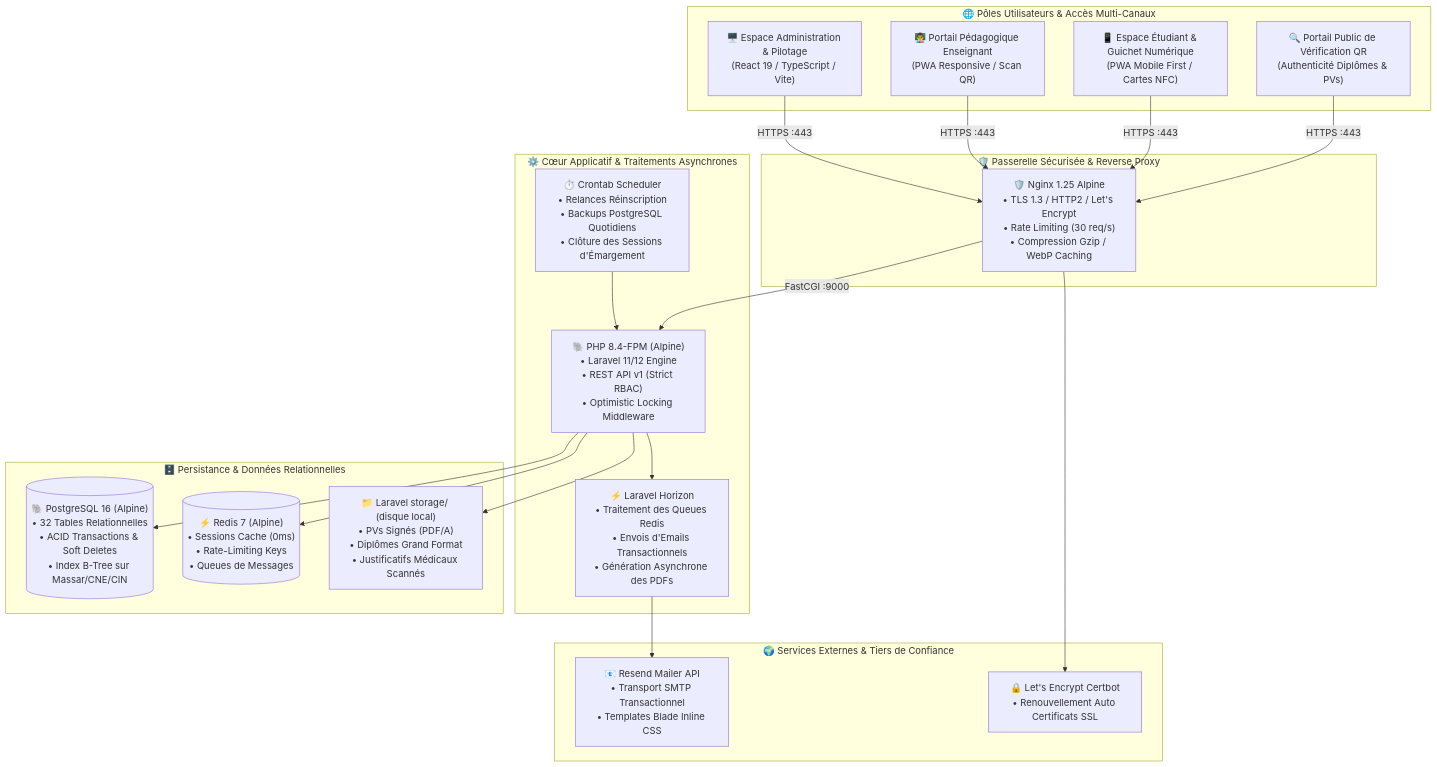
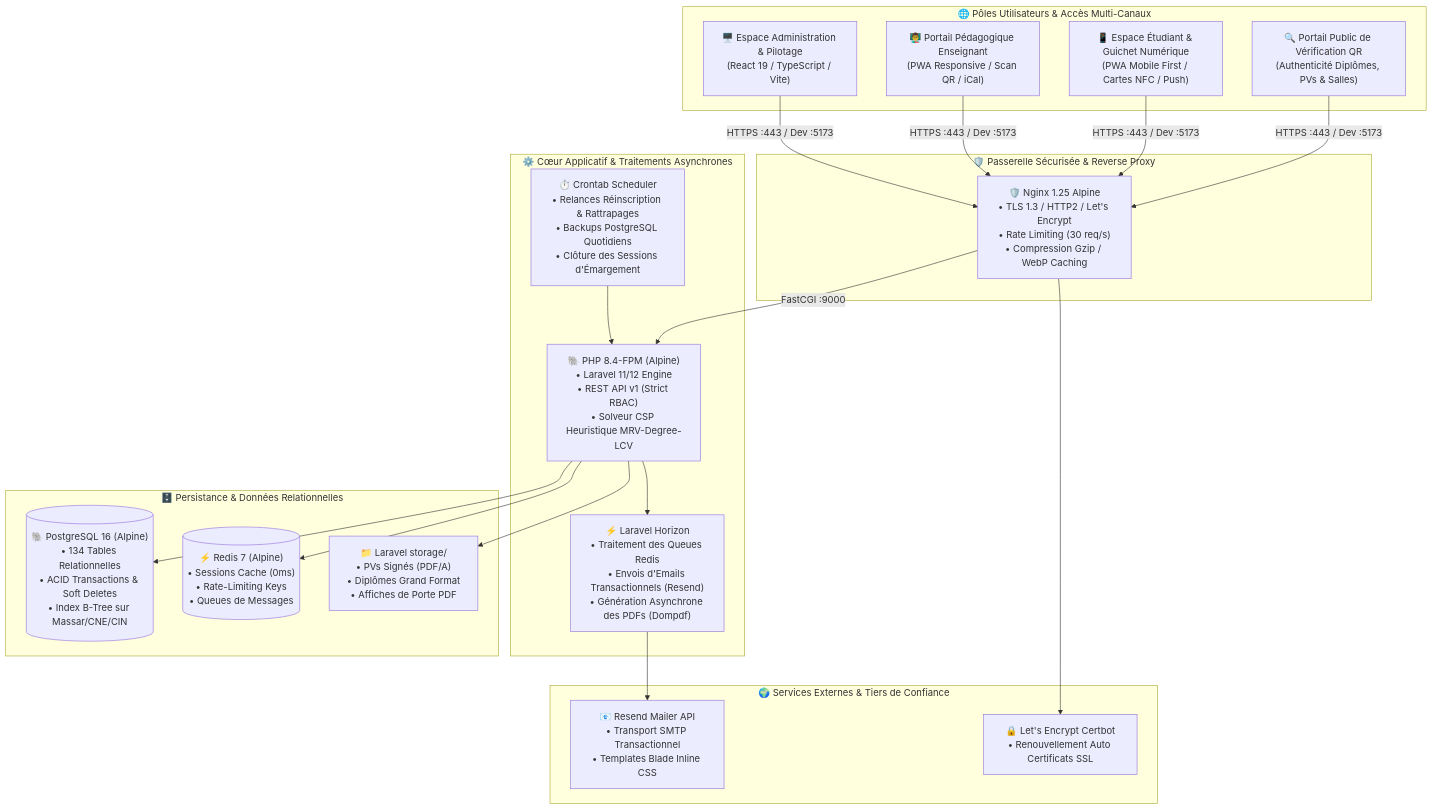
Before and after one commit to radouane99/ENCG-ERP: the first of 14 diagrams in README.md, drawn with Mermaid. The commit also changed other lines of this file and 6 other files, not shown here.

````diff
--- a/README.md
+++ b/README.md
@@ -36,40 +114,40 @@
 ```mermaid
 graph TB
     subgraph Clients["🌐 Pôles Utilisateurs & Accès Multi-Canaux"]
         AdminUI["🖥️ Espace Administration & Pilotage<br/>(React 19 / TypeScript / Vite)"]
-        ProfUI["👨‍🏫 Portail Pédagogique Enseignant<br/>(PWA Responsive / Scan QR)"]
-        StudentUI["📱 Espace Étudiant & Guichet Numérique<br/>(PWA Mobile First / Cartes NFC)"]
-        PublicVerifier["🔍 Portail Public de Vérification QR<br/>(Authenticité Diplômes & PVs)"]
+        ProfUI["👨‍🏫 Portail Pédagogique Enseignant<br/>(PWA Responsive / Scan QR / iCal)"]
+        StudentUI["📱 Espace Étudiant & Guichet Numérique<br/>(PWA Mobile First / Cartes NFC / Push)"]
+        PublicVerifier["🔍 Portail Public de Vérification QR<br/>(Authenticité Diplômes, PVs & Salles)"]
     end
 
     subgraph EdgeTier["🛡️ Passerelle Sécurisée & Reverse Proxy"]
         Nginx["🛡️ Nginx 1.25 Alpine<br/>• TLS 1.3 / HTTP2 / Let's Encrypt<br/>• Rate Limiting (30 req/s)<br/>• Compression Gzip / WebP Caching"]
     end
 
     subgraph AppTier["⚙️ Cœur Applicatif & Traitements Asynchrones"]
-        PHP["🐘 PHP 8.4-FPM (Alpine)<br/>• Laravel 11/12 Engine<br/>• REST API v1 (Strict RBAC)<br/>• Optimistic Locking Middleware"]
-        Horizon["⚡ Laravel Horizon<br/>• Traitement des Queues Redis<br/>• Envois d'Emails Transactionnels<br/>• Génération Asynchrone des PDFs"]
-        Scheduler["⏱️ Crontab Scheduler<br/>• Relances Réinscription<br/>• Backups PostgreSQL Quotidiens<br/>• Clôture des Sessions d'Émargement"]
+        PHP["🐘 PHP 8.4-FPM (Alpine)<br/>• Laravel 11/12 Engine<br/>• REST API v1 (Strict RBAC)<br/>• Solveur CSP Heuristique MRV-Degree-LCV"]
+        Horizon["⚡ Laravel Horizon<br/>• Traitement des Queues Redis<br/>• Envois d'Emails Transactionnels (Resend)<br/>• Génération Asynchrone des PDFs (Dompdf)"]
+        Scheduler["⏱️ Crontab Scheduler<br/>• Relances Réinscription & Rattrapages<br/>• Backups PostgreSQL Quotidiens<br/>• Clôture des Sessions d'Émargement"]
     end
 
     subgraph DataTier["🗄️ Persistance & Données Relationnelles"]
-        Postgres[("🐘 PostgreSQL 16 (Alpine)<br/>• 32 Tables Relationnelles<br/>• ACID Transactions & Soft Deletes<br/>• Index B-Tree sur Massar/CNE/CIN")]
+        Postgres[("🐘 PostgreSQL 16 (Alpine)<br/>• 134 Tables Relationnelles<br/>• ACID Transactions & Soft Deletes<br/>• Index B-Tree sur Massar/CNE/CIN")]
         Redis[("⚡ Redis 7 (Alpine)<br/>• Sessions Cache (0ms)<br/>• Rate-Limiting Keys<br/>• Queues de Messages")]
-        Storage["📁 Laravel storage/ (disque local)<br/>• PVs Signés (PDF/A)<br/>• Diplômes Grand Format<br/>• Justificatifs Médicaux Scannés"]
+        Storage["📁 Laravel storage/<br/>• PVs Signés (PDF/A)<br/>• Diplômes Grand Format<br/>• Affiches de Porte PDF"]
     end
 
     subgraph ExternalServices["🌍 Services Externes & Tiers de Confiance"]
         ResendMail["📧 Resend Mailer API<br/>• Transport SMTP Transactionnel<br/>• Templates Blade Inline CSS"]
         Certbot["🔒 Let's Encrypt Certbot<br/>• Renouvellement Auto Certificats SSL"]
     end
 
-    AdminUI & ProfUI & StudentUI & PublicVerifier -->|HTTPS :443| Nginx
+    AdminUI & ProfUI & StudentUI & PublicVerifier -->|HTTPS :443 / Dev :5173| Nginx
     Nginx -->|FastCGI :9000| PHP
     PHP --> Postgres
     PHP --> Redis
     PHP --> Storage
     PHP --> Horizon
     Horizon --> ResendMail
     Scheduler --> PHP
     Nginx --> Certbot
 ```
````
